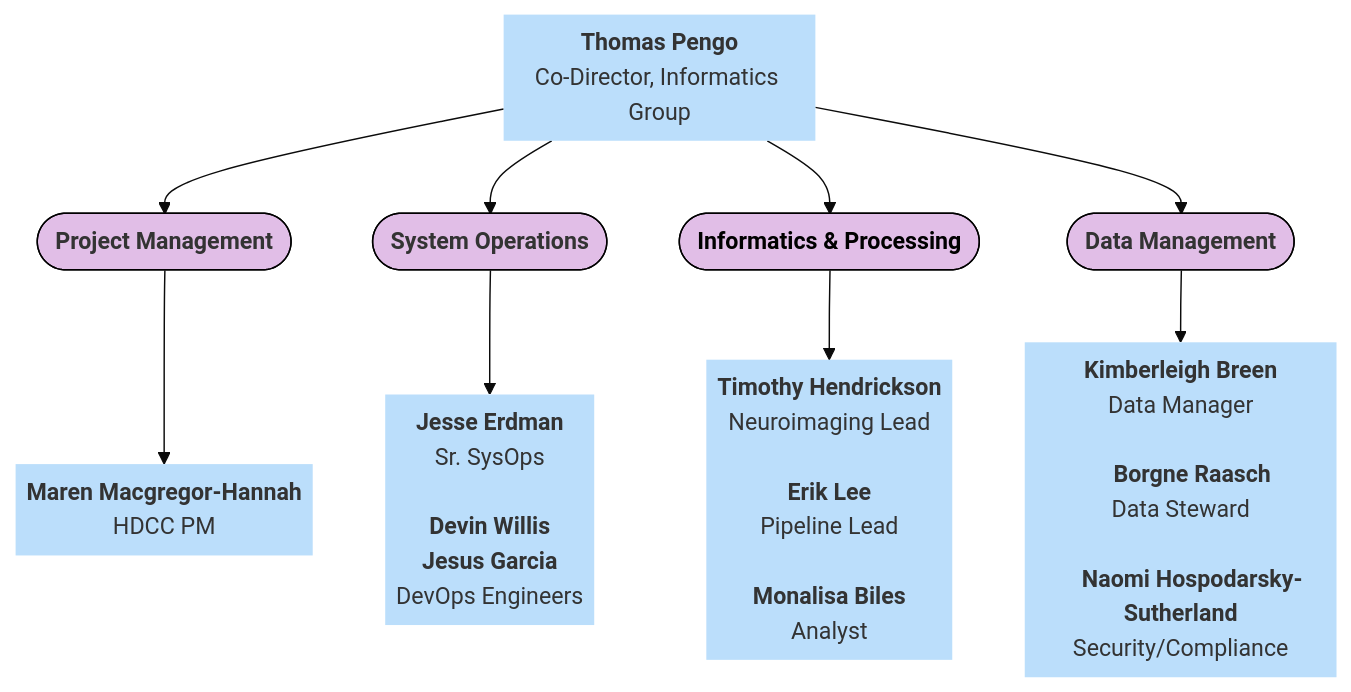
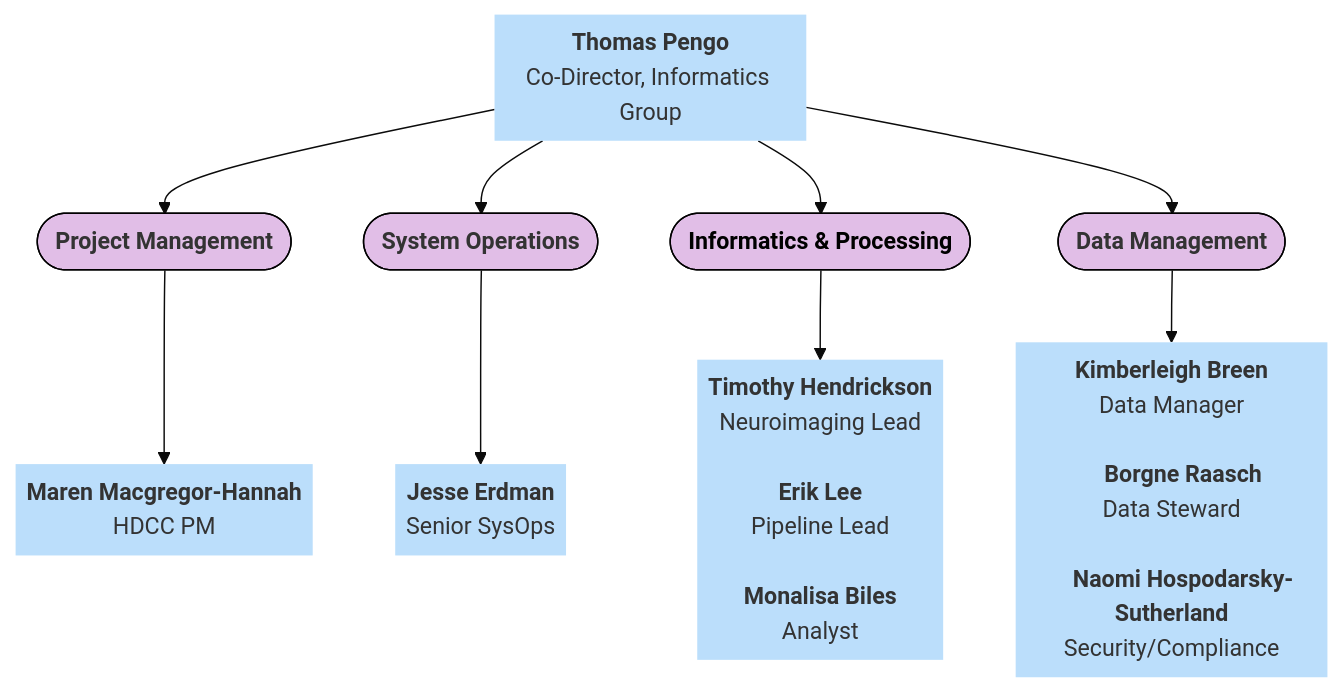
Before and after one commit to DCAN-Labs/hbcd-docs-internal: the sixth of 10 diagrams in docs/orgcharts.md, drawn with Mermaid (base theme). The commit also changed other lines of this file, not shown here.

Commit message:
update DCAN org chart to remove folks not actually part of HDCC

````diff
--- a/docs/orgcharts.md
+++ b/docs/orgcharts.md
@@ -434,32 +434,30 @@
 ```mermaid
 ---
 config:
   layout: dagre
 ---
 flowchart TB
     L["<b>Thomas Pengo</b><br>Co-Director, Informatics Group"] --> M(["<b>Project Management</b>"]) & N(["<b>System Operations</b>"]) & O(["<b>Informatics &amp; Processing</b>"]) & P(["<b>Data Management</b>"])
-    N --> Q["<b>Jesse Erdman</b><br>Sr. SysOps<br>
-    <b>Devin Willis</b>
-    <b>Jesus Garcia</b><br>DevOps Engineers"]
+    N --> Q["<b>Jesse Erdman</b><br>Senior SysOps<br>"]
     O --> n4["<b>Timothy Hendrickson</b><br>Neuroimaging Lead<br>
     <b>Erik Lee</b><br>Pipeline Lead<br>
     <b>Monalisa Biles</b><br>Analyst"]
     M --> n6@{ label: "<span style=\"--tw-scale-x:\"><b>Maren Macgregor-Hannah</b><br>HDCC PM</span><br style=\"--tw-scale-x:\">" }
     P --> n7["<b>Kimberleigh Breen</b><br>Data Manager<br>
     <b>Borgne Raasch</b><br>Data Steward<br>
     <b>Naomi Hospodarsky-Sutherland</b><br>Security/Compliance"]
     L@{ shape: text}
     Q@{ shape: text}
     n4@{ shape: text}
     n6@{ shape: text}
     n7@{ shape: text}
     style L fill:#BBDEFB
     style M fill:#E1BEE7,stroke:#000000
     style N fill:#E1BEE7,stroke:#000000
     style O color:#000000,fill:#E1BEE7,stroke:#000000
     style P fill:#E1BEE7,stroke:#000000
     style Q fill:#BBDEFB
     style n4 fill:#BBDEFB
     style n6 fill:#BBDEFB
     style n7 fill:#BBDEFB
 ```
````
